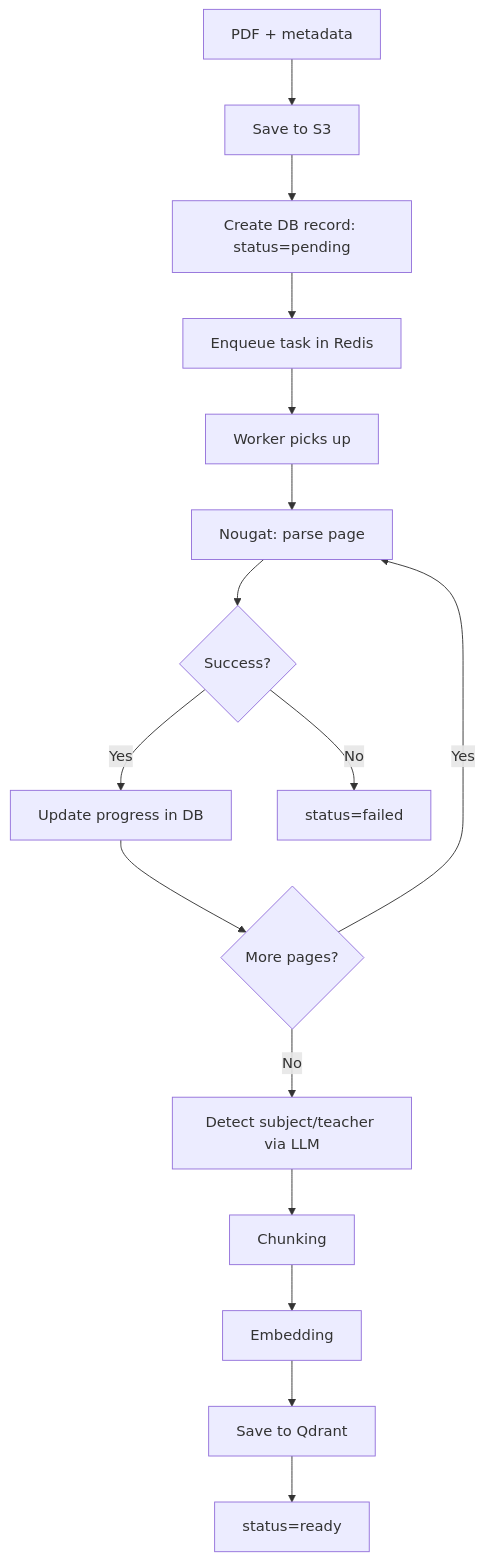
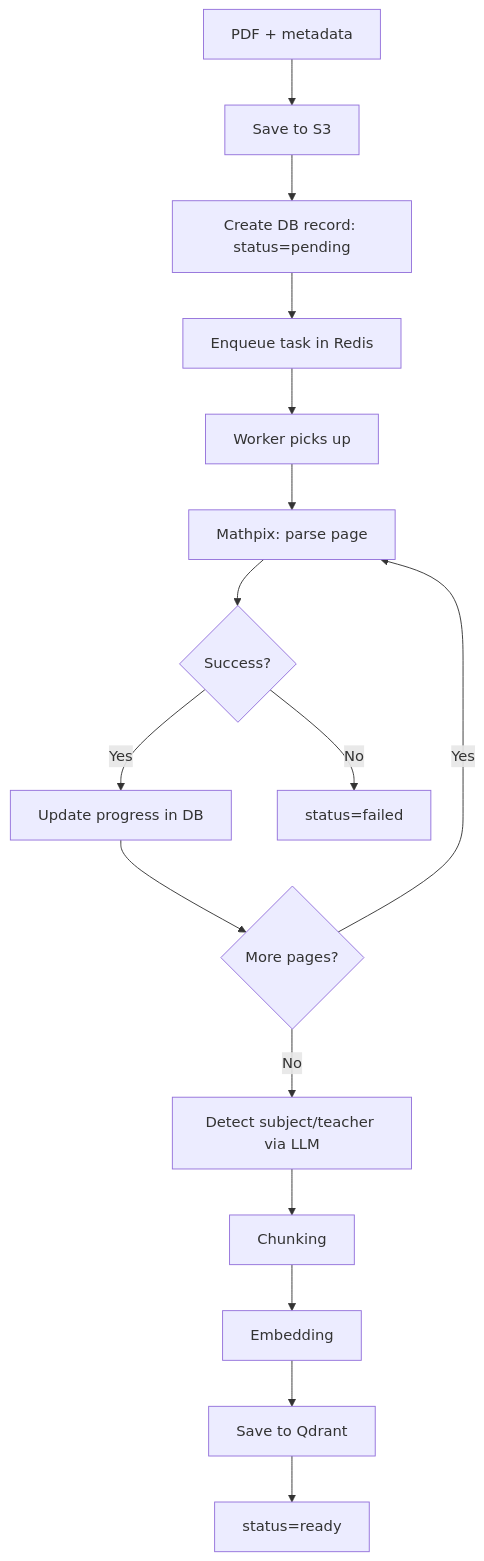
The second of 4 diagrams in docs/architecture.md (ErikRusanov/Euler-RAG), drawn with Mermaid before and after one commit. The commit also changed other lines of this file and 7 other files, not shown here.

````diff
--- a/docs/architecture.md
+++ b/docs/architecture.md
@@ -94,18 +94,18 @@
 ```mermaid
 flowchart TD
     A[PDF + metadata] --> B[Save to S3]
     B --> C[Create DB record: status=pending]
     C --> D[Enqueue task in Redis]
     D --> E[Worker picks up]
-    E --> F[Nougat: parse page]
+    E --> F[Mathpix: parse page]
     F --> G{Success?}
     G -->|Yes| H[Update progress in DB]
     H --> I{More pages?}
     I -->|Yes| F
     I -->|No| J[Detect subject/teacher via LLM]
     J --> K[Chunking]
     K --> L[Embedding]
     L --> M[Save to Qdrant]
     M --> N[status=ready]
     G -->|No| O[status=failed]
 ```
````
